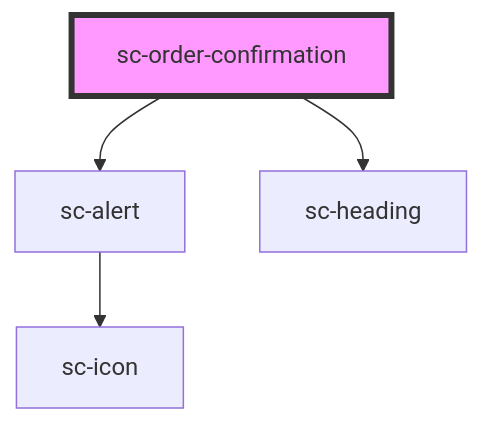
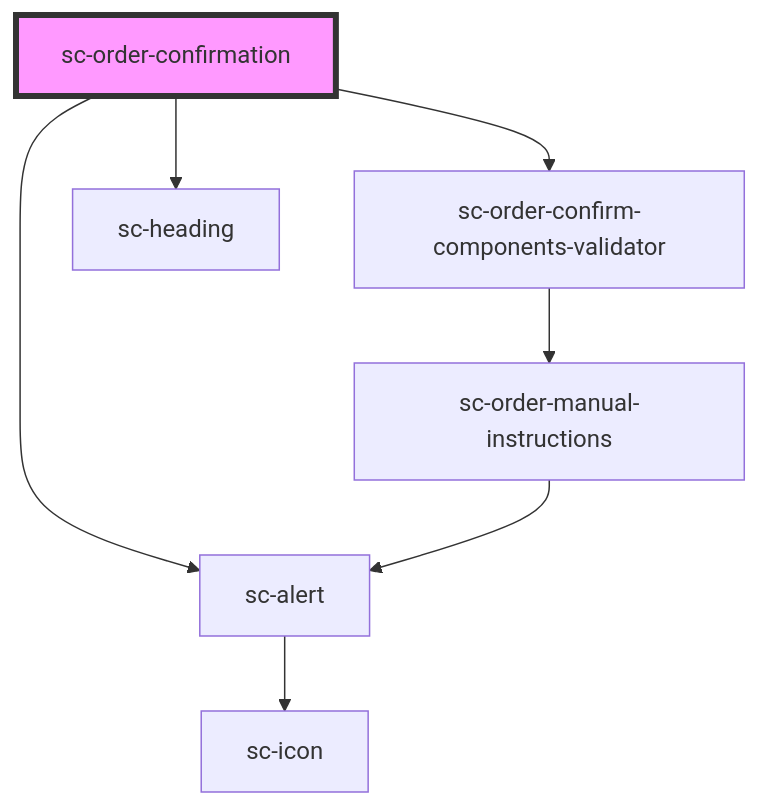
Before and after one commit to surecart/surecart-wp-plugin: the diagram in packages/components/src/components/controllers/confirmation/order-confirmation/readme.md, drawn with Mermaid. The commit also changed other lines of this file and 18 other files, not shown here.

````diff
--- a/packages/components/src/components/controllers/confirmation/order-confirmation/readme.md
+++ b/packages/components/src/components/controllers/confirmation/order-confirmation/readme.md
@@ -23,7 +24,10 @@
 ```mermaid
 graph TD;
   sc-order-confirmation --> sc-alert
+  sc-order-confirmation --> sc-order-confirm-components-validator
   sc-order-confirmation --> sc-heading
   sc-alert --> sc-icon
+  sc-order-confirm-components-validator --> sc-order-manual-instructions
+  sc-order-manual-instructions --> sc-alert
   style sc-order-confirmation fill:#f9f,stroke:#333,stroke-width:4px
 ```
````
